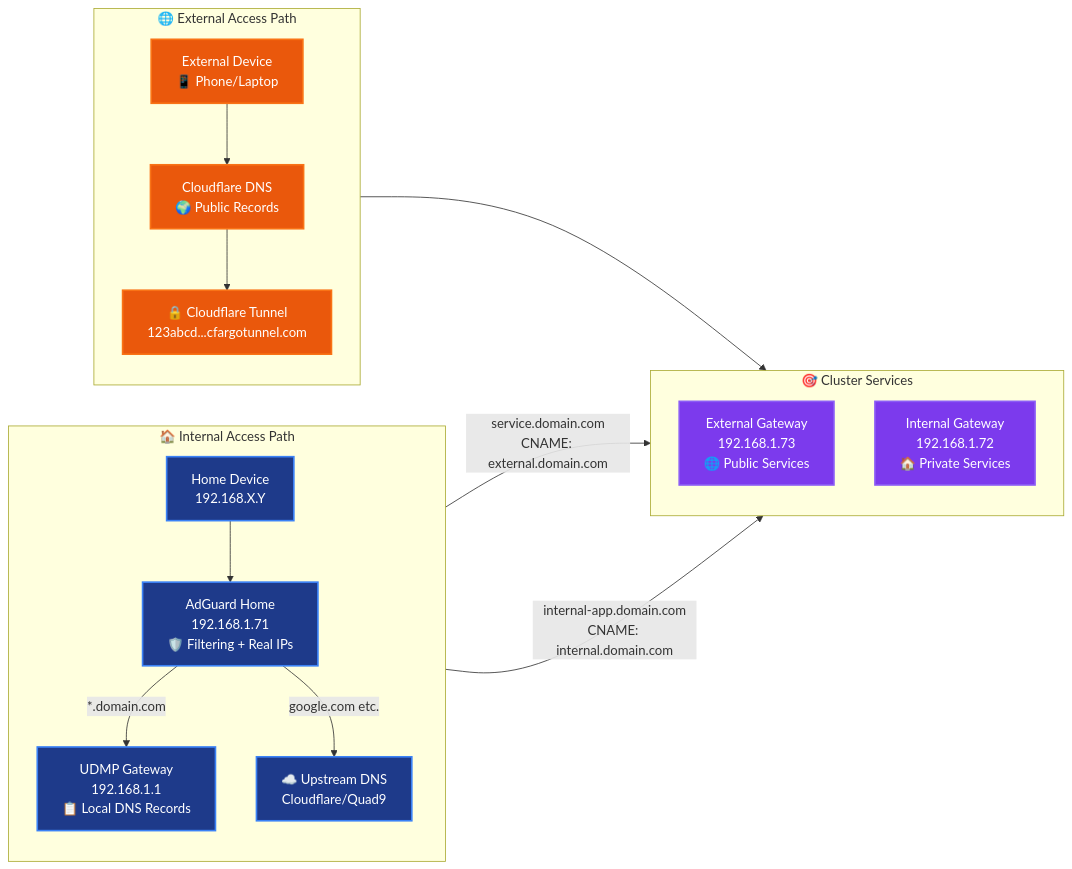
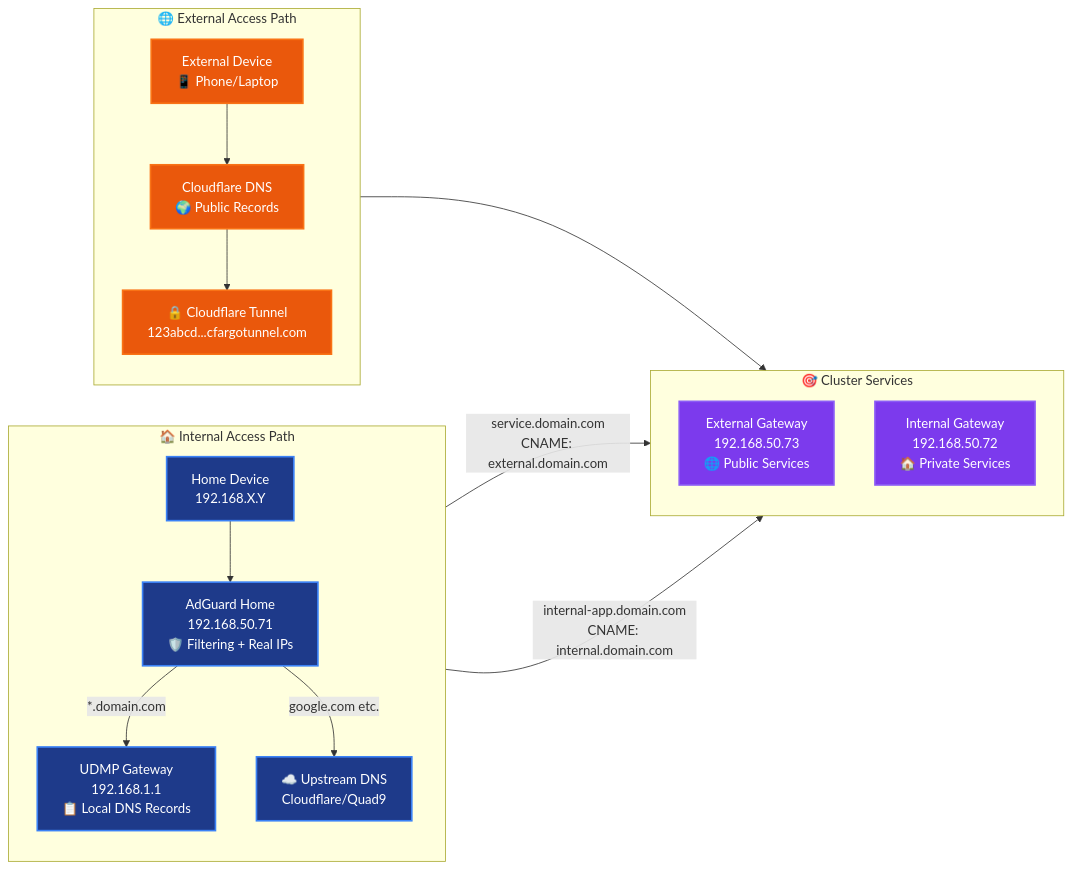
Before and after one commit to rcdailey/home-ops: the first of 3 diagrams in docs/architecture/dns-architecture.md, drawn with Mermaid. The commit also changed other lines of this file and 20 other files, not shown here.

````diff
--- a/docs/architecture/dns-architecture.md
+++ b/docs/architecture/dns-architecture.md
@@ -16,45 +16,45 @@
 ```mermaid
 flowchart LR
     subgraph Internal["🏠 Internal Access Path"]
         direction TB
         Client[Home Device<br/>192.168.X.Y]
-        AGH[AdGuard Home<br/>192.168.1.71<br/>🛡️ Filtering + Real IPs]
+        AGH[AdGuard Home<br/>192.168.50.71<br/>🛡️ Filtering + Real IPs]
         UDMP[UDMP Gateway<br/>192.168.1.1<br/>📋 Local DNS Records]
 
         Client --> AGH
         AGH -->|"*.domain.com"| UDMP
         AGH -->|"google.com etc."| Upstream[☁️ Upstream DNS<br/>Cloudflare/Quad9]
     end
 
     subgraph External["🌐 External Access Path"]
         direction TB
         ExternalClient[External Device<br/>📱 Phone/Laptop]
         CloudflareDNS[Cloudflare DNS<br/>🌍 Public Records]
         CFTunnel[🔒 Cloudflare Tunnel<br/>123abcd...cfargotunnel.com]
 
         ExternalClient --> CloudflareDNS
         CloudflareDNS --> CFTunnel
     end
 
     subgraph ClusterServices["🎯 Cluster Services"]
         direction TB
-        ExtGW[External Gateway<br/>192.168.1.73<br/>🌐 Public Services]
-        IntGW[Internal Gateway<br/>192.168.1.72<br/>🏠 Private Services]
+        ExtGW[External Gateway<br/>192.168.50.73<br/>🌐 Public Services]
+        IntGW[Internal Gateway<br/>192.168.50.72<br/>🏠 Private Services]
     end
 
     %% Internal resolution paths
     UDMP -->|"service.domain.com<br/>CNAME: external.domain.com"| ExtGW
     UDMP -->|"internal-app.domain.com<br/>CNAME: internal.domain.com"| IntGW
 
     %% External resolution path
     CFTunnel --> ExtGW
 
     %% Styling
     classDef internal fill:#1e3a8a,stroke:#3b82f6,stroke-width:2px,color:#ffffff
     classDef external fill:#ea580c,stroke:#f97316,stroke-width:2px,color:#ffffff
     classDef services fill:#7c3aed,stroke:#8b5cf6,stroke-width:2px,color:#ffffff
 
     class Client,AGH,UDMP,Upstream internal
     class ExternalClient,CloudflareDNS,CFTunnel external
     class ExtGW,IntGW services
 ```
````
